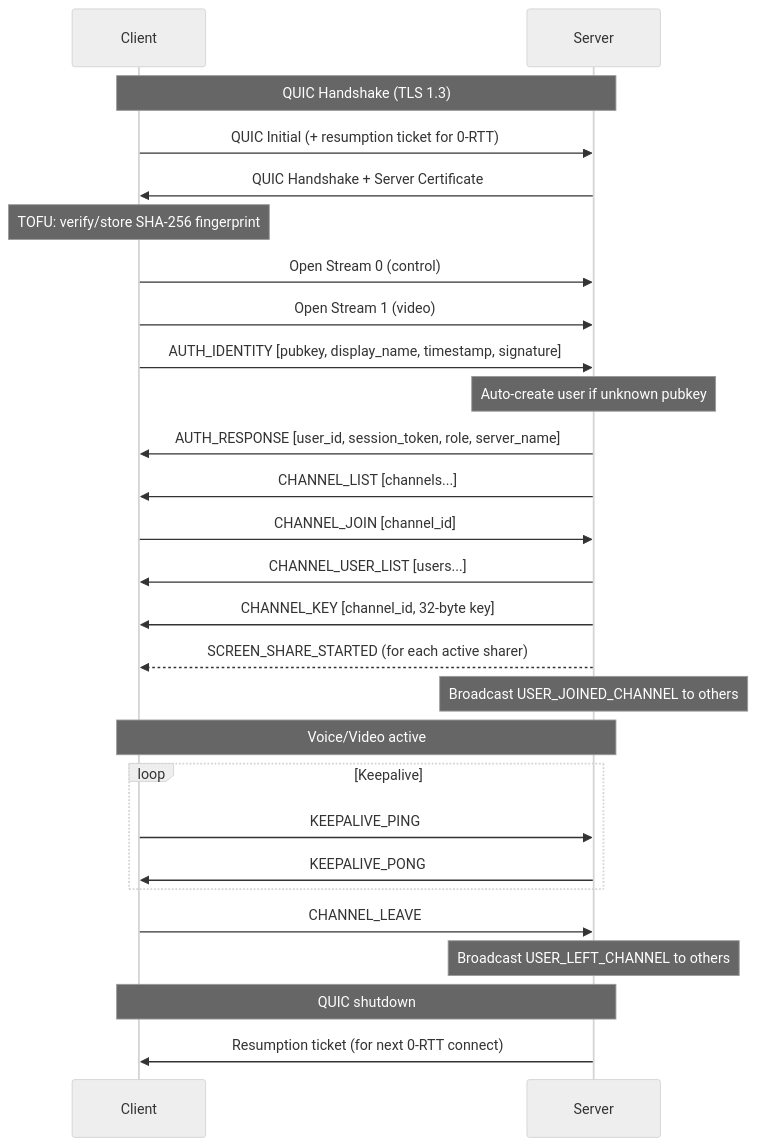
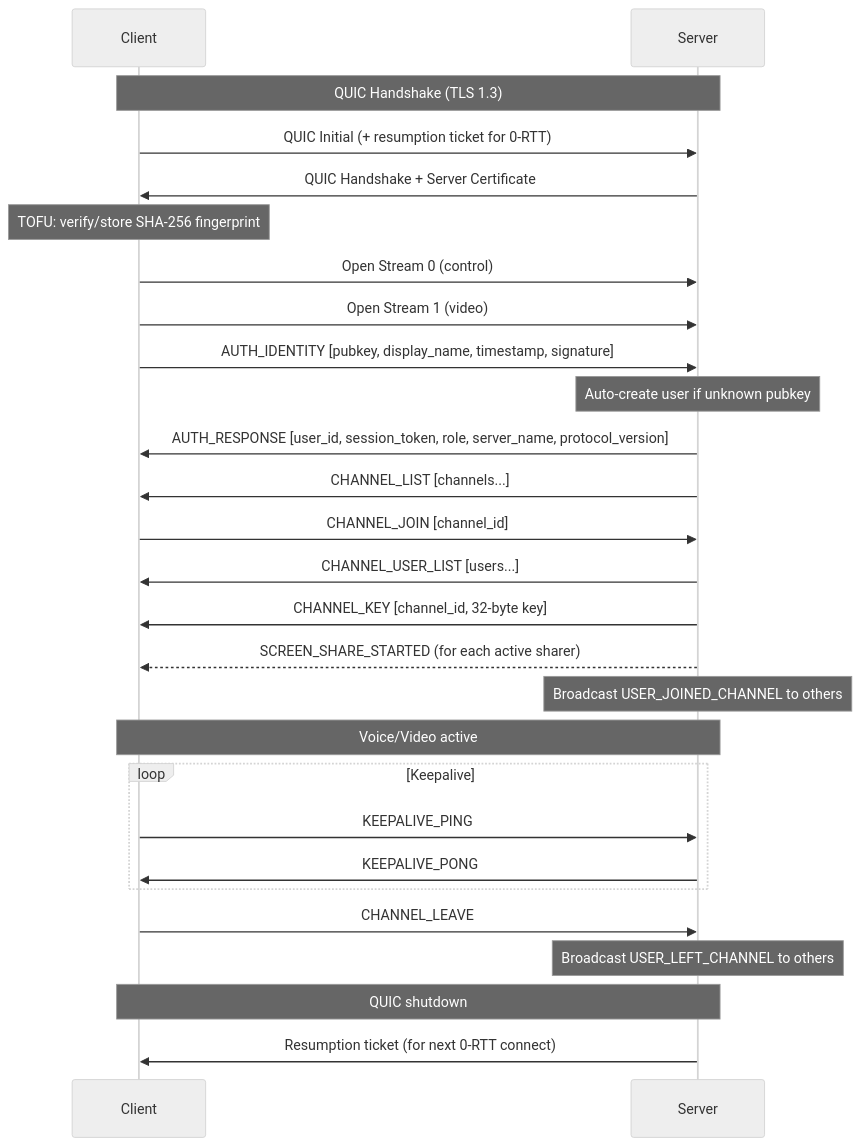
Before and after one commit to emcifuntik/parties: the third of 5 diagrams in docs/protocol.md, drawn with Mermaid (neutral theme). The commit also changed other lines of this file and 46 other files, not shown here.

````diff
--- a/docs/protocol.md
+++ b/docs/protocol.md
@@ -57,37 +74,37 @@
 ```mermaid
 sequenceDiagram
     participant C as Client
     participant S as Server
 
     Note over C,S: QUIC Handshake (TLS 1.3)
     C->>S: QUIC Initial (+ resumption ticket for 0-RTT)
     S->>C: QUIC Handshake + Server Certificate
     Note over C: TOFU: verify/store SHA-256 fingerprint
 
     C->>S: Open Stream 0 (control)
     C->>S: Open Stream 1 (video)
 
     C->>S: AUTH_IDENTITY [pubkey, display_name, timestamp, signature]
     Note over S: Auto-create user if unknown pubkey
-    S->>C: AUTH_RESPONSE [user_id, session_token, role, server_name]
+    S->>C: AUTH_RESPONSE [user_id, session_token, role, server_name, protocol_version]
     S->>C: CHANNEL_LIST [channels...]
 
     C->>S: CHANNEL_JOIN [channel_id]
     S->>C: CHANNEL_USER_LIST [users...]
     S->>C: CHANNEL_KEY [channel_id, 32-byte key]
     S-->>C: SCREEN_SHARE_STARTED (for each active sharer)
     Note over S: Broadcast USER_JOINED_CHANNEL to others
 
     Note over C,S: Voice/Video active
 
     loop Keepalive
         C->>S: KEEPALIVE_PING
         S->>C: KEEPALIVE_PONG
     end
 
     C->>S: CHANNEL_LEAVE
     Note over S: Broadcast USER_LEFT_CHANNEL to others
 
     Note over C,S: QUIC shutdown
     S->>C: Resumption ticket (for next 0-RTT connect)
 ```
````
